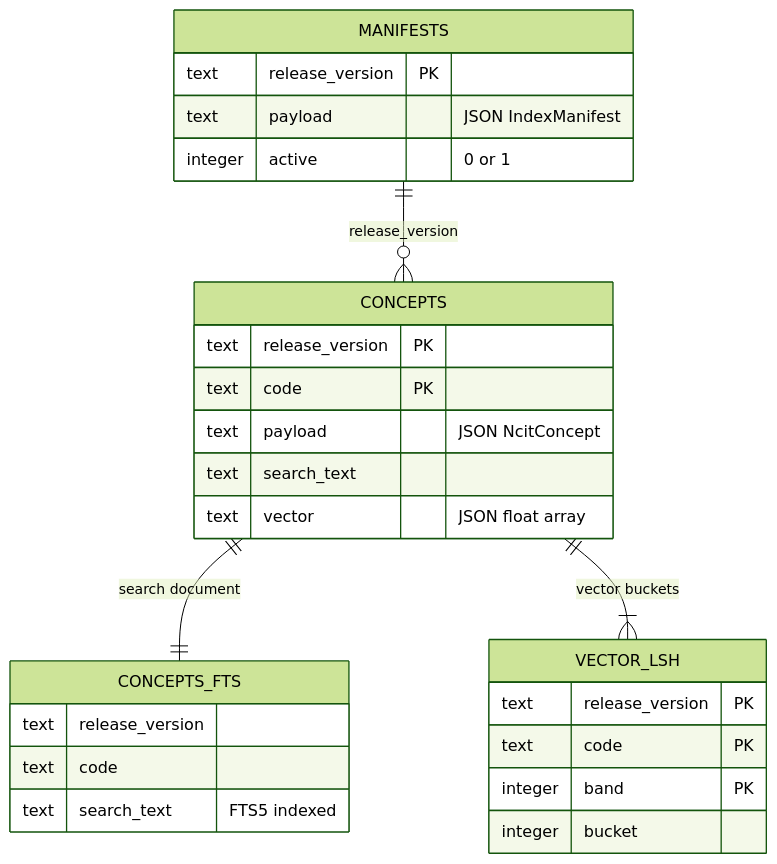
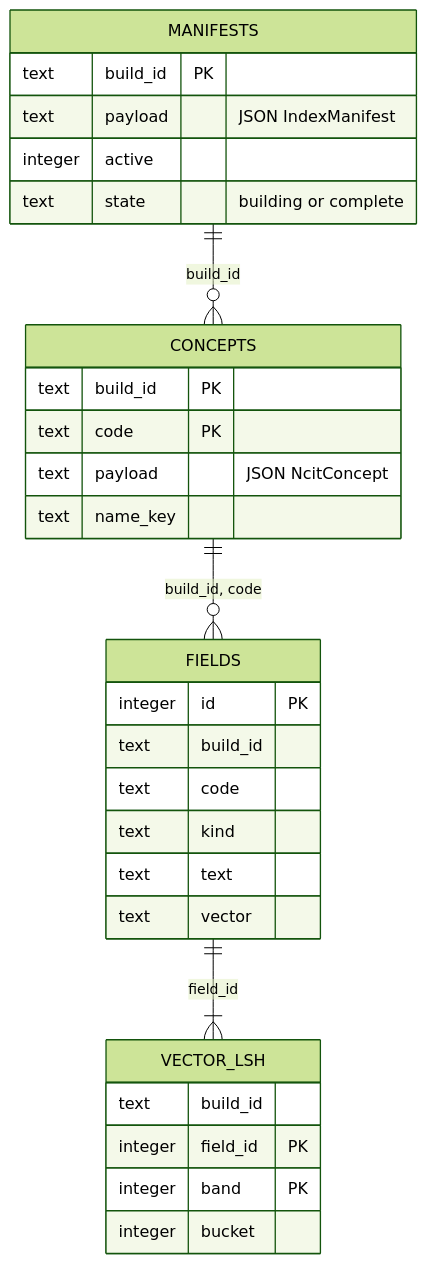
Before and after one commit to CBIIT/nci-si-mcp: the second of 2 diagrams in ARCHITECTURE.md, drawn with Mermaid (forest theme). The commit also changed other lines of this file and 27 other files, not shown here.

Commit message:
feat(index)!: retain release builds and rank concept fields

````diff
--- a/ARCHITECTURE.md
+++ b/ARCHITECTURE.md
@@ -275,33 +291,32 @@
 ```mermaid
 erDiagram
     MANIFESTS {
-        text release_version PK
+        text build_id PK
         text payload "JSON IndexManifest"
-        integer active "0 or 1"
+        integer active
+        text state "building or complete"
     }
-
     CONCEPTS {
-        text release_version PK
+        text build_id PK
         text code PK
         text payload "JSON NcitConcept"
-        text search_text
-        text vector "JSON float array"
+        text name_key
     }
-
-    CONCEPTS_FTS {
-        text release_version
+    FIELDS {
+        integer id PK
+        text build_id
         text code
-        text search_text "FTS5 indexed"
+        text kind
+        text text
+        text vector
     }
-
     VECTOR_LSH {
-        text release_version PK
-        text code PK
+        text build_id
+        integer field_id PK
         integer band PK
         integer bucket
     }
-
-    MANIFESTS ||--o{ CONCEPTS : "release_version"
-    CONCEPTS ||--|| CONCEPTS_FTS : "search document"
-    CONCEPTS ||--|{ VECTOR_LSH : "vector buckets"
+    MANIFESTS ||--o{ CONCEPTS : build_id
+    CONCEPTS ||--o{ FIELDS : "build_id, code"
+    FIELDS ||--|{ VECTOR_LSH : field_id
 ```
````
